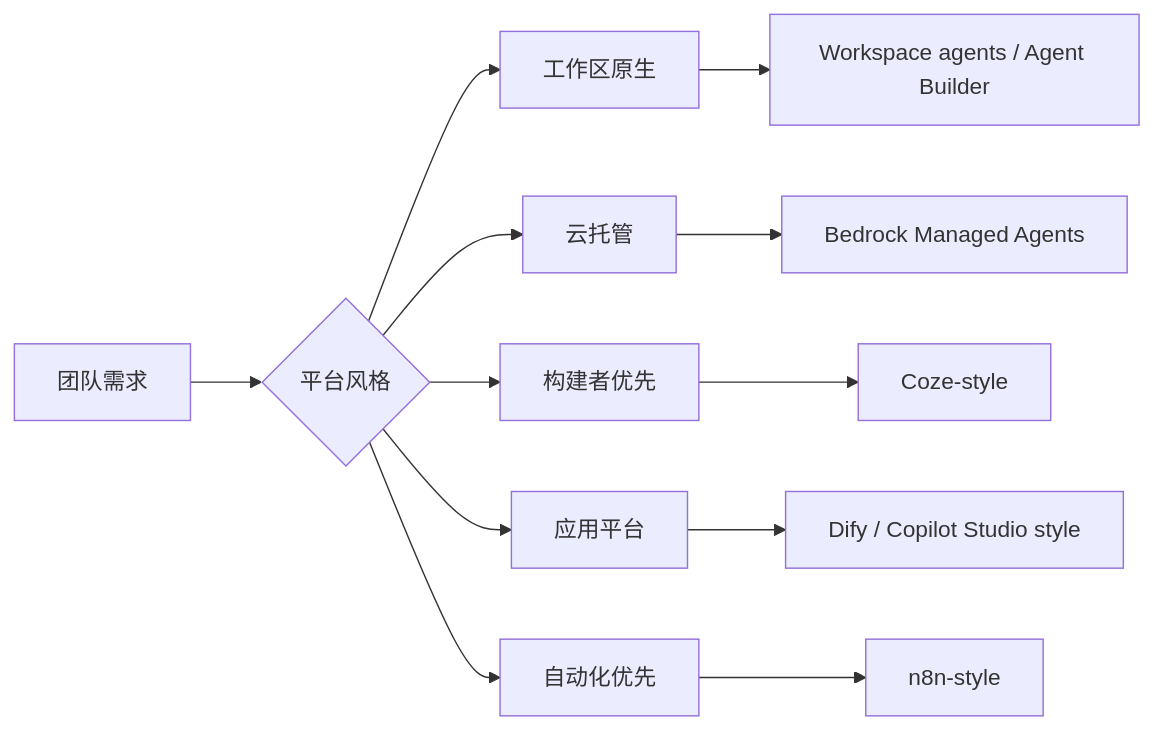
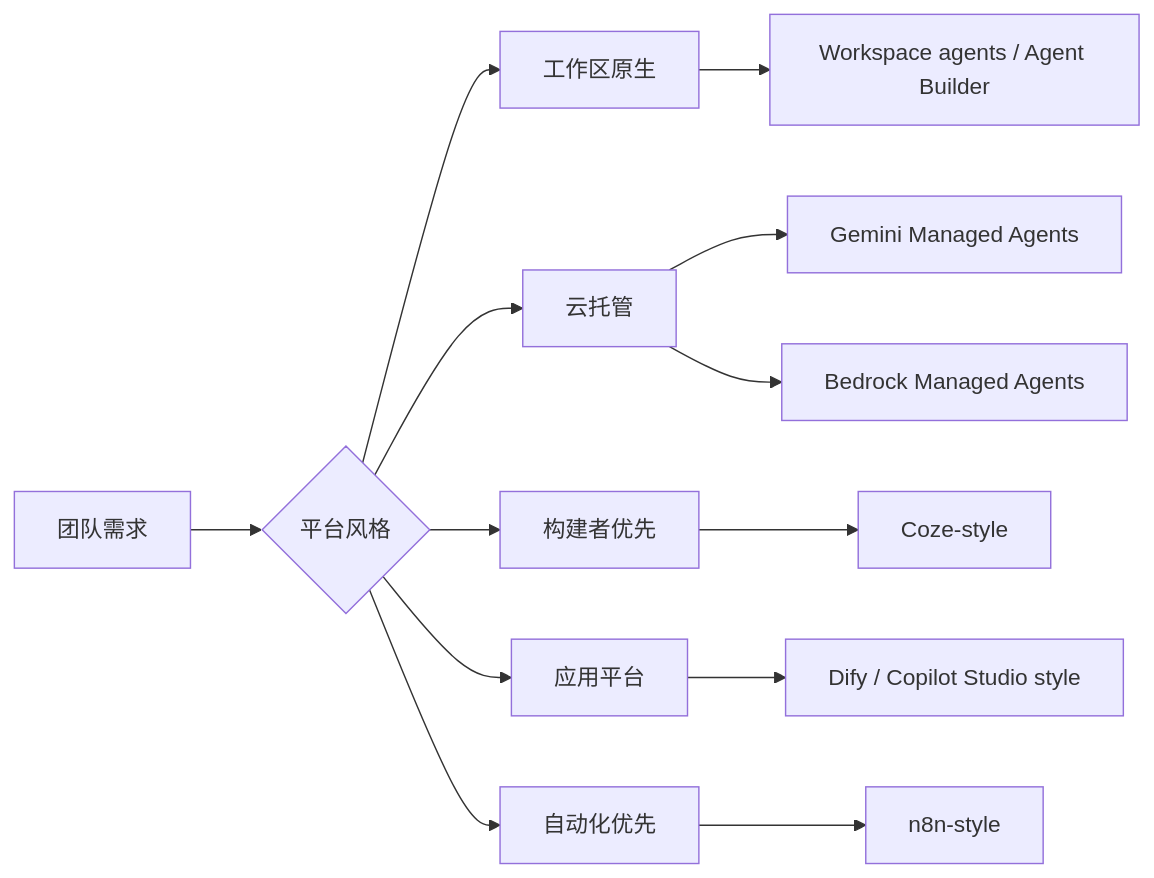
One commit to Prompthon-IO/agent-systems-handbook changed the diagram in zh-Hans/ecosystem/agent-platforms-and-low-code-builders.mdx. Above: the diagram before and after it, drawn with Mermaid. The commit also changed other lines of this file and 1 other file, not shown here.

Commit message:
docs(handbook): Gemini Interactions API

````diff
--- a/zh-Hans/ecosystem/agent-platforms-and-low-code-builders.mdx
+++ b/zh-Hans/ecosystem/agent-platforms-and-low-code-builders.mdx
@@ -62,14 +69,15 @@
 ```mermaid
 flowchart LR
   Need["团队需求"] --> Choice{"平台风格"}
   Choice --> Workspace["工作区原生"]
   Choice --> Managed["云托管"]
   Choice --> Builder["构建者优先"]
   Choice --> App["应用平台"]
   Choice --> Automation["自动化优先"]
   Workspace --> OpenAI["Workspace agents / Agent Builder"]
+  Managed --> Gemini["Gemini Managed Agents"]
   Managed --> Bedrock["Bedrock Managed Agents"]
   Builder --> Coze["Coze-style"]
   App --> Dify["Dify / Copilot Studio style"]
   Automation --> N8N["n8n-style"]
 ```
````
